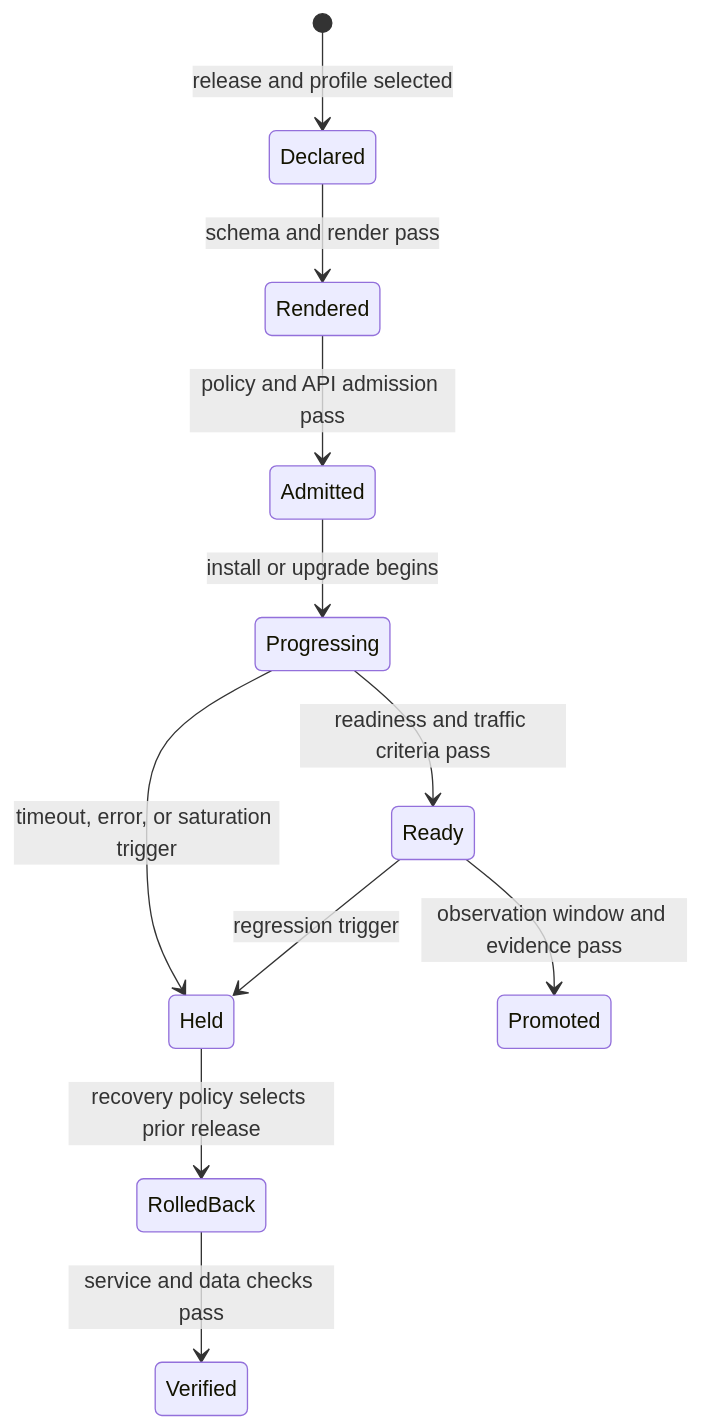
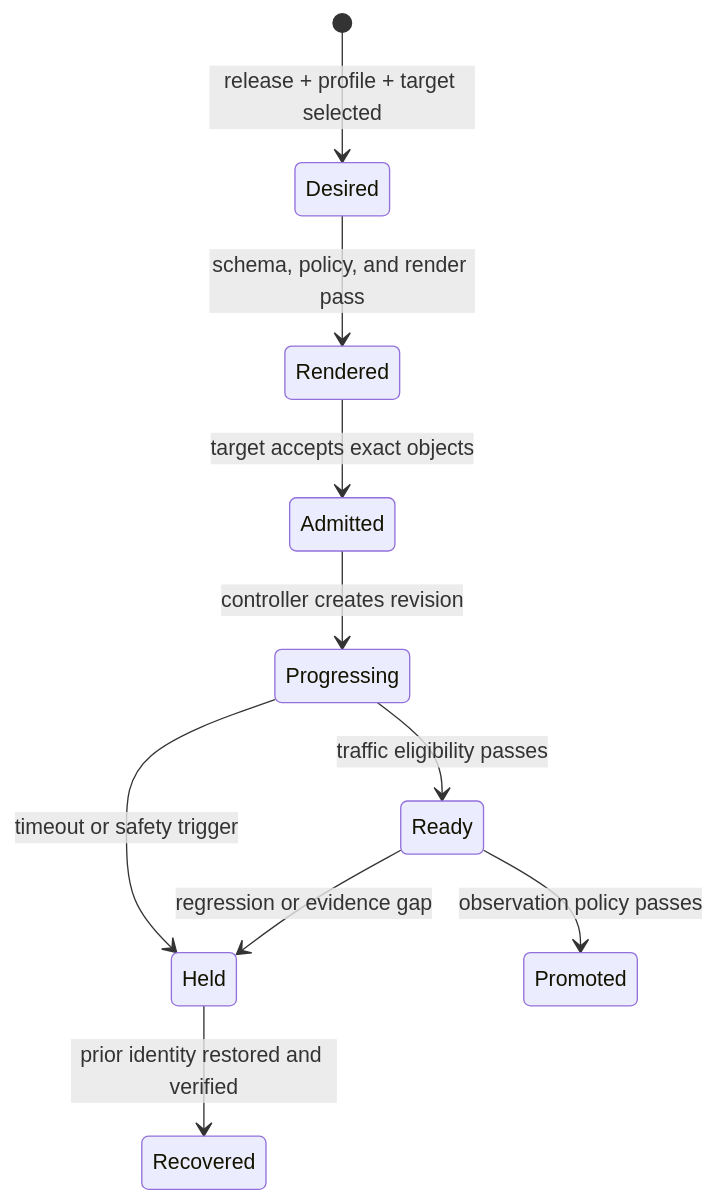
Before and after one commit to bijux/bijux-atlas: the first of 2 diagrams in docs/bijux-atlas-ops/kubernetes/index.md, drawn with Mermaid. The commit also changed other lines of this file and 1 other file, not shown here.

Commit message:
docs(delivery): connect deployment and release custody

````diff
--- a/docs/bijux-atlas-ops/kubernetes/index.md
+++ b/docs/bijux-atlas-ops/kubernetes/index.md
@@ -40,13 +20,12 @@
 ```mermaid
 stateDiagram-v2
-    [*] --> Declared: release and profile selected
-    Declared --> Rendered: schema and render pass
-    Rendered --> Admitted: policy and API admission pass
-    Admitted --> Progressing: install or upgrade begins
-    Progressing --> Ready: readiness and traffic criteria pass
-    Progressing --> Held: timeout, error, or saturation trigger
-    Ready --> Promoted: observation window and evidence pass
-    Ready --> Held: regression trigger
-    Held --> RolledBack: recovery policy selects prior release
-    RolledBack --> Verified: service and data checks pass
+    [*] --> Desired: release + profile + target selected
+    Desired --> Rendered: schema, policy, and render pass
+    Rendered --> Admitted: target accepts exact objects
+    Admitted --> Progressing: controller creates revision
+    Progressing --> Ready: traffic eligibility passes
+    Progressing --> Held: timeout or safety trigger
+    Ready --> Promoted: observation policy passes
+    Ready --> Held: regression or evidence gap
+    Held --> Recovered: prior identity restored and verified
 ```
````
